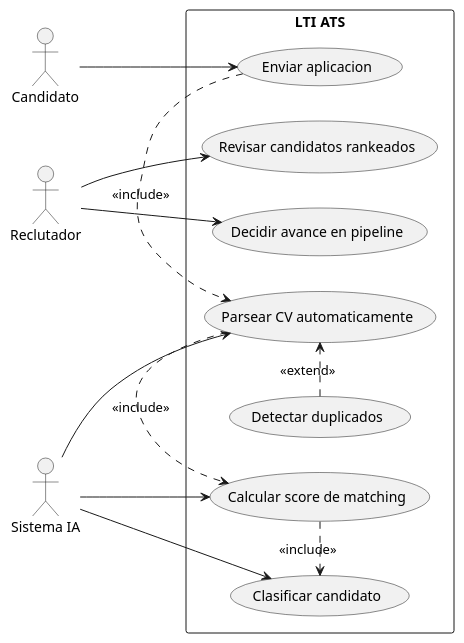
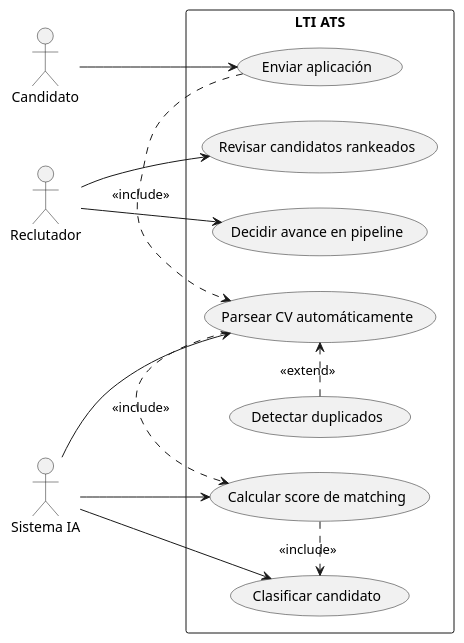
Before and after one commit to mrbicho/AI4Devs-design-1-202602-Seniors: the third of 9 diagrams in lti/LTI-DMM/LTI-DMM.md, drawn with PlantUML. The commit also changed other lines of this file and 1 other file, not shown here.

````diff
--- a/lti/LTI-DMM/LTI-DMM.md
+++ b/lti/LTI-DMM/LTI-DMM.md
@@ -400,29 +400,29 @@
 ```plantuml
 @startuml
 left to right direction
 actor Candidato
 actor Reclutador
 actor "Sistema IA" as IA
 
 rectangle "LTI ATS" {
-  usecase "Enviar aplicacion" as UC1
-  usecase "Parsear CV automaticamente" as UC2
+  usecase "Enviar aplicación" as UC1
+  usecase "Parsear CV automáticamente" as UC2
   usecase "Calcular score de matching" as UC3
   usecase "Clasificar candidato" as UC4
   usecase "Revisar candidatos rankeados" as UC5
   usecase "Decidir avance en pipeline" as UC6
   usecase "Detectar duplicados" as UC7
 }
 
 Candidato --> UC1
 Reclutador --> UC5
 Reclutador --> UC6
 IA --> UC2
 IA --> UC3
 IA --> UC4
 UC1 .> UC2 : <<include>>
 UC2 .> UC3 : <<include>>
 UC3 .> UC4 : <<include>>
 UC7 .> UC2 : <<extend>>
 @enduml
 ```
````
